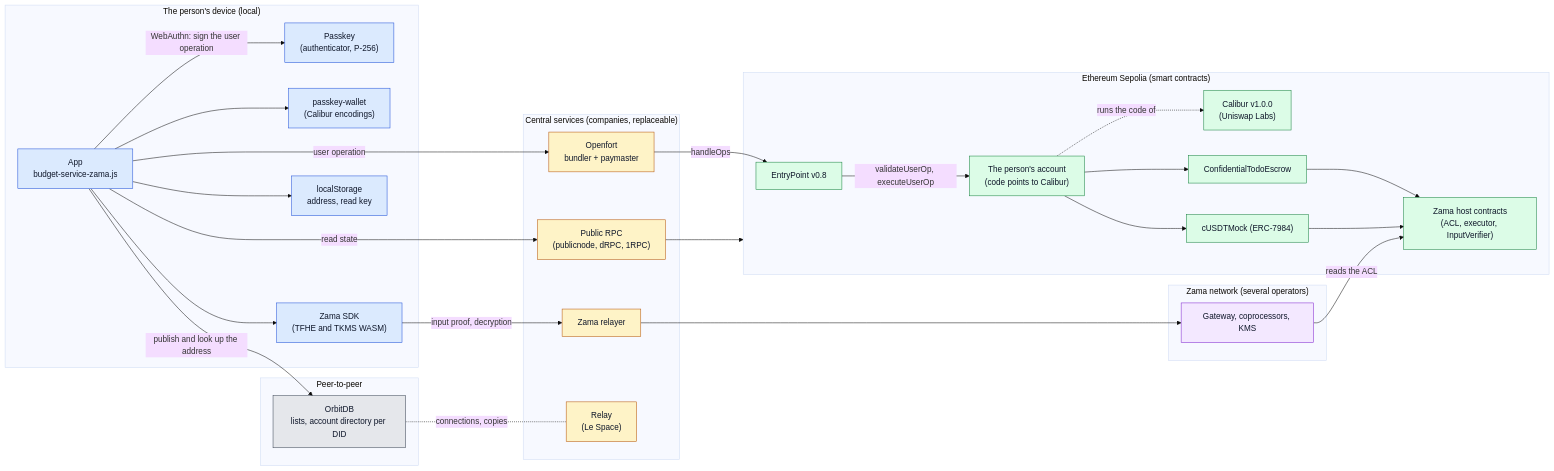
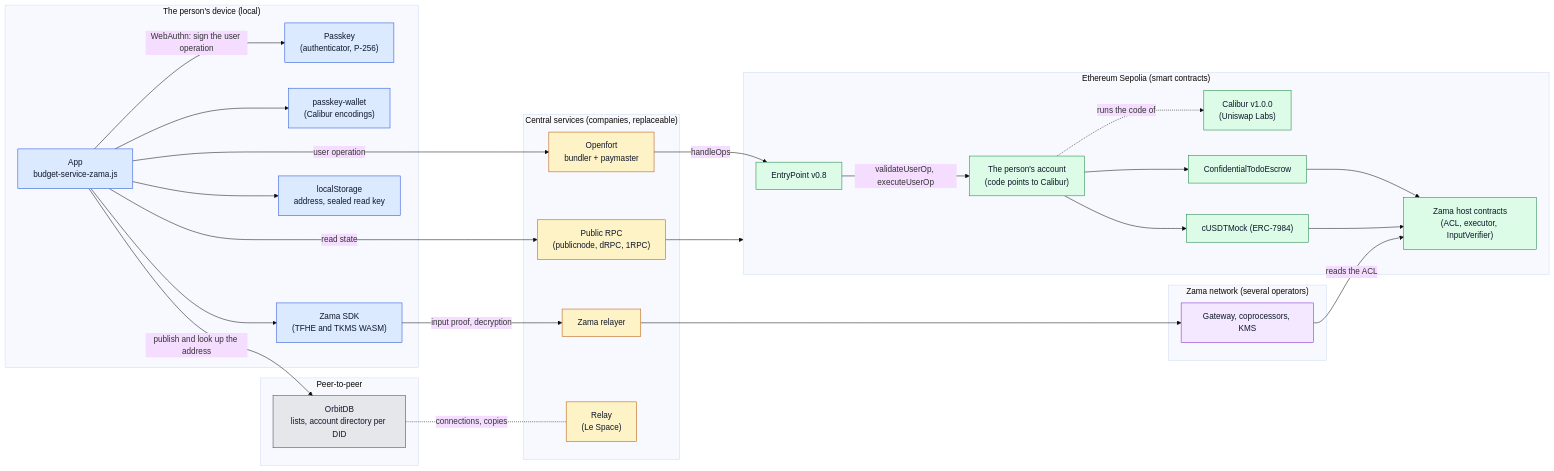
The first of 7 diagrams in apps/escrow01/docs/passkey-account.md (Le-Space/simple-todo), drawn with Mermaid (base theme) before and after one commit. The commit also changed other lines of this file and 28 other files, not shown here.

````diff
--- a/apps/escrow01/docs/passkey-account.md
+++ b/apps/escrow01/docs/passkey-account.md
@@ -61,61 +62,61 @@
 ```mermaid
 flowchart LR
   subgraph Device["The person's device (local)"]
     Authenticator["Passkey<br/>(authenticator, P-256)"]
     App["App<br/>budget-service-zama.js"]
     Wallet["passkey-wallet<br/>(Calibur encodings)"]
     SDK["Zama SDK<br/>(TFHE and TKMS WASM)"]
-    Store["localStorage<br/>address, read key"]
+    Store["localStorage<br/>address, sealed read key"]
   end
   subgraph Central["Central services (companies, replaceable)"]
     Openfort["Openfort<br/>bundler + paymaster"]
     RPC["Public RPC<br/>(publicnode, dRPC, 1RPC)"]
     Relayer["Zama relayer"]
     Relay["Relay<br/>(Le Space)"]
   end
   subgraph Sepolia["Ethereum Sepolia (smart contracts)"]
     EP["EntryPoint v0.8"]
     Account["The person's account<br/>(code points to Calibur)"]
     Calibur["Calibur v1.0.0<br/>(Uniswap Labs)"]
     Escrow["ConfidentialTodoEscrow"]
     Token["cUSDTMock (ERC-7984)"]
     Host["Zama host contracts<br/>(ACL, executor, InputVerifier)"]
   end
   subgraph ZamaNet["Zama network (several operators)"]
     Gateway["Gateway, coprocessors, KMS"]
   end
   subgraph P2P["Peer-to-peer"]
     OrbitDB["OrbitDB<br/>lists, account directory per DID"]
   end
 
   App -- "WebAuthn: sign the user operation" --> Authenticator
   App --> Wallet
   App --> SDK
   App --> Store
   App -- "user operation" --> Openfort
   App -- "read state" --> RPC
   RPC --> Sepolia
   Openfort -- "handleOps" --> EP
   EP -- "validateUserOp, executeUserOp" --> Account
   Account -. "runs the code of" .-> Calibur
   Account --> Escrow
   Account --> Token
   Escrow --> Host
   Token --> Host
   SDK -- "input proof, decryption" --> Relayer
   Relayer --> Gateway
   Gateway -- "reads the ACL" --> Host
   App -- "publish and look up the address" --> OrbitDB
   OrbitDB -. "connections, copies" .- Relay
 
   classDef local fill:#dbeafe,stroke:#1d4ed8,color:#0f172a
   classDef central fill:#fef3c7,stroke:#b45309,color:#0f172a
   classDef chain fill:#dcfce7,stroke:#15803d,color:#0f172a
   classDef network fill:#f3e8ff,stroke:#7e22ce,color:#0f172a
   classDef p2p fill:#e5e7eb,stroke:#374151,color:#0f172a
   class Authenticator,App,Wallet,SDK,Store local
   class Openfort,RPC,Relayer,Relay central
   class EP,Account,Calibur,Escrow,Token,Host chain
   class Gateway network
   class OrbitDB p2p
 ```
````
